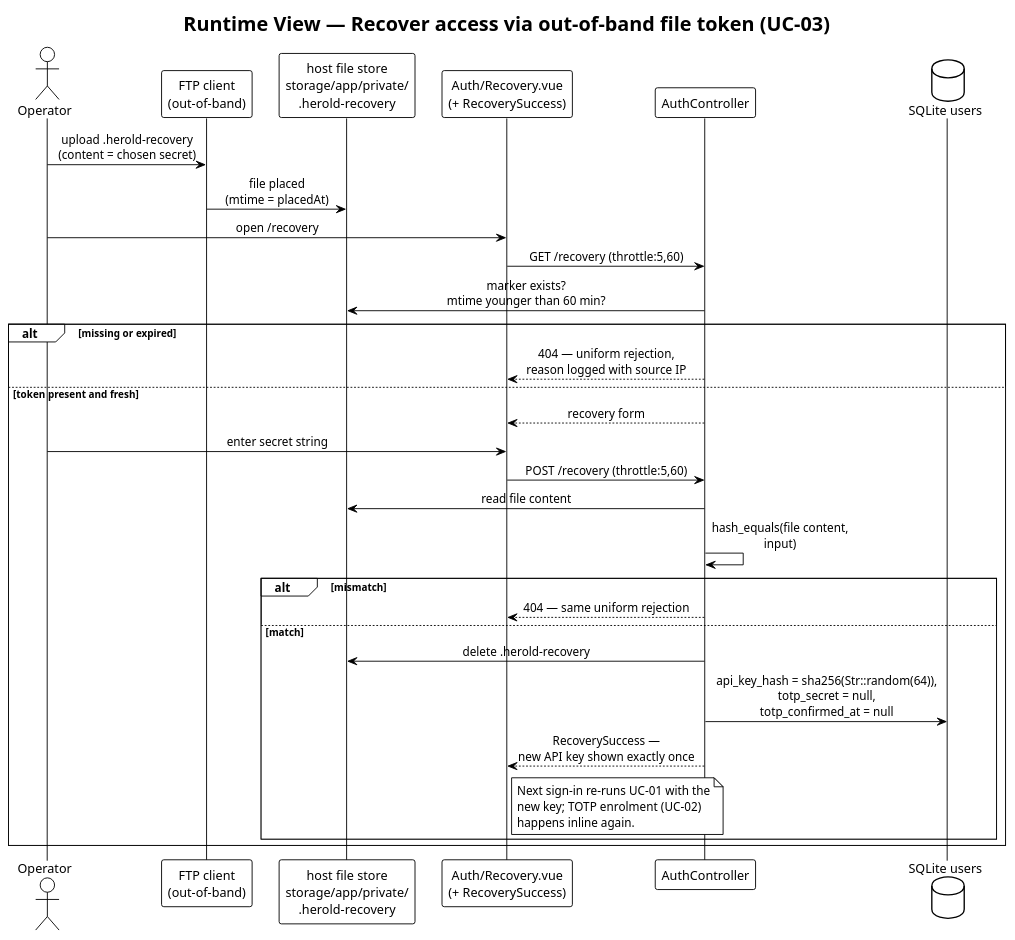
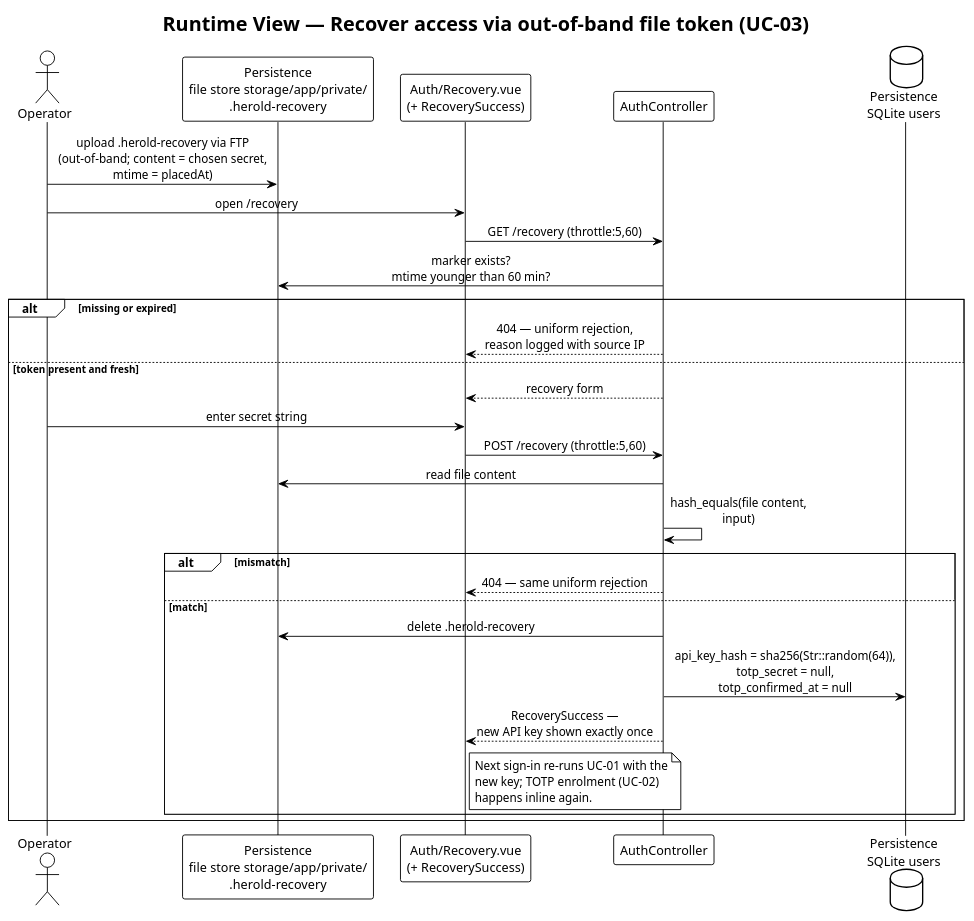
Before and after one commit to carstenlucke/herold: the diagram in docs/arch/diagrams/a06-recovery.plantuml, drawn with PlantUML. The commit also changed 9 other files, not shown here.

```diff
--- a/docs/arch/diagrams/a06-recovery.plantuml
+++ b/docs/arch/diagrams/a06-recovery.plantuml
@@ -1,43 +1,41 @@
 @startuml a06-recovery
 !theme plain
 skinparam sequenceMessageAlign center
 
 title Runtime View — Recover access via out-of-band file token (UC-03)
 
 actor Operator as op
-participant "FTP client\n(out-of-band)" as ftp
-participant "host file store\nstorage/app/private/\n.herold-recovery" as fs
+participant "Persistence\nfile store storage/app/private/\n.herold-recovery" as fs
 participant "Auth/Recovery.vue\n(+ RecoverySuccess)" as ui
 participant "AuthController" as auth
-database "SQLite users" as db
+database "Persistence\nSQLite users" as db
 
-op -> ftp : upload .herold-recovery\n(content = chosen secret)
-ftp -> fs : file placed\n(mtime = placedAt)
+op -> fs : upload .herold-recovery via FTP\n(out-of-band; content = chosen secret,\nmtime = placedAt)
 
 op -> ui : open /recovery
 ui -> auth : GET /recovery (throttle:5,60)
 auth -> fs : marker exists?\nmtime younger than 60 min?
 
 alt missing or expired
   auth --> ui : 404 — uniform rejection,\nreason logged with source IP
 else token present and fresh
   auth --> ui : recovery form
   op -> ui : enter secret string
   ui -> auth : POST /recovery (throttle:5,60)
   auth -> fs : read file content
   auth -> auth : hash_equals(file content,\ninput)
   alt mismatch
     auth --> ui : 404 — same uniform rejection
   else match
     auth -> fs : delete .herold-recovery
     auth -> db : api_key_hash = sha256(Str::random(64)),\ntotp_secret = null,\ntotp_confirmed_at = null
     auth --> ui : RecoverySuccess —\nnew API key shown exactly once
     note right of ui
       Next sign-in re-runs UC-01 with the
       new key; TOTP enrolment (UC-02)
       happens inline again.
     end note
   end
 end
 
 @enduml
```
